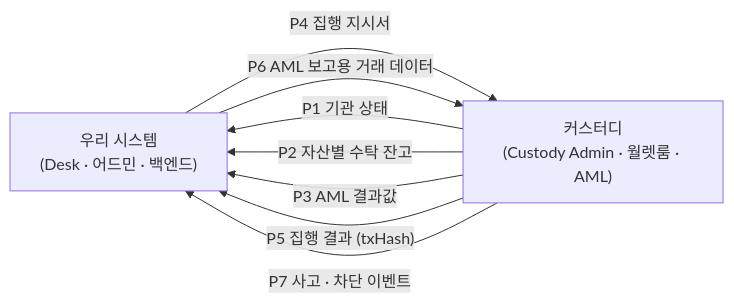
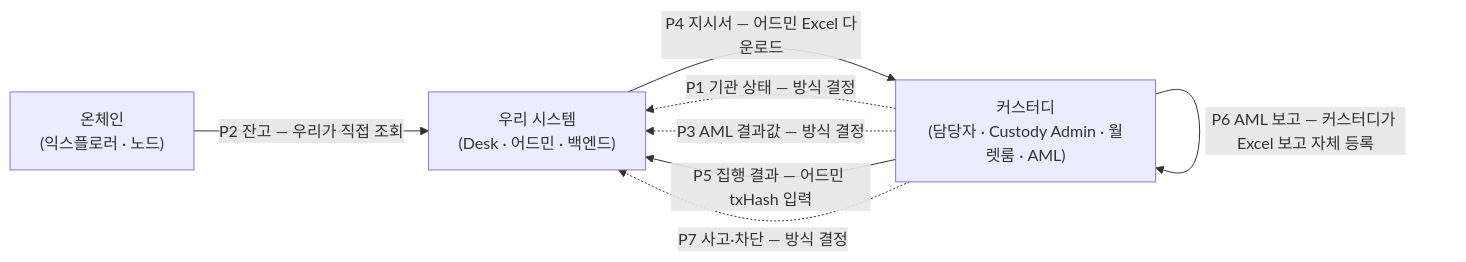
The fifth of 7 diagrams in drafts/36_플랫폼_커스터디_연동_범위_설명자료.md (dsrvlabs/dsrv-desk), drawn with Mermaid before and after one commit. The commit also changed other lines of this file and 1 other file, not shown here.

Commit message:
drafts/36 v2: 주고받는 방식 확정 4건 반영(지시서 Excel·txHash 입력·온체인 잔고 직접 조회·AML 보고 데이터 미제공), API 후보 7→3 · drafts/35 헤더에 v2 결정 메모

````diff
--- a/drafts/36_플랫폼_커스터디_연동_범위_설명자료.md
+++ b/drafts/36_플랫폼_커스터디_연동_범위_설명자료.md
@@ -152,12 +159,13 @@
 ```mermaid
 flowchart LR
   US["우리 시스템<br/>(Desk · 어드민 · 백엔드)"]
-  CU["커스터디<br/>(Custody Admin · 월렛룸 · AML)"]
-  CU -->|"P1 기관 상태"| US
-  CU -->|"P2 자산별 수탁 잔고"| US
-  CU -->|"P3 AML 결과값"| US
-  US -->|"P4 집행 지시서"| CU
-  CU -->|"P5 집행 결과 (txHash)"| US
-  US -->|"P6 AML 보고용 거래 데이터"| CU
-  CU -->|"P7 사고 · 차단 이벤트"| US
+  CU["커스터디<br/>(담당자 · Custody Admin · 월렛룸 · AML)"]
+  CH["온체인<br/>(익스플로러 · 노드)"]
+  CU -.->|"P1 기관 상태 — 방식 결정"| US
+  CH -->|"P2 잔고 — 우리가 직접 조회"| US
+  CU -.->|"P3 AML 결과값 — 방식 결정"| US
+  US -->|"P4 지시서 — 어드민 Excel 다운로드"| CU
+  CU -->|"P5 집행 결과 — 어드민 txHash 입력"| US
+  CU -->|"P6 AML 보고 — 커스터디가 Excel 보고 자체 등록"| CU
+  CU -.->|"P7 사고·차단 — 방식 결정"| US
 ```
````
